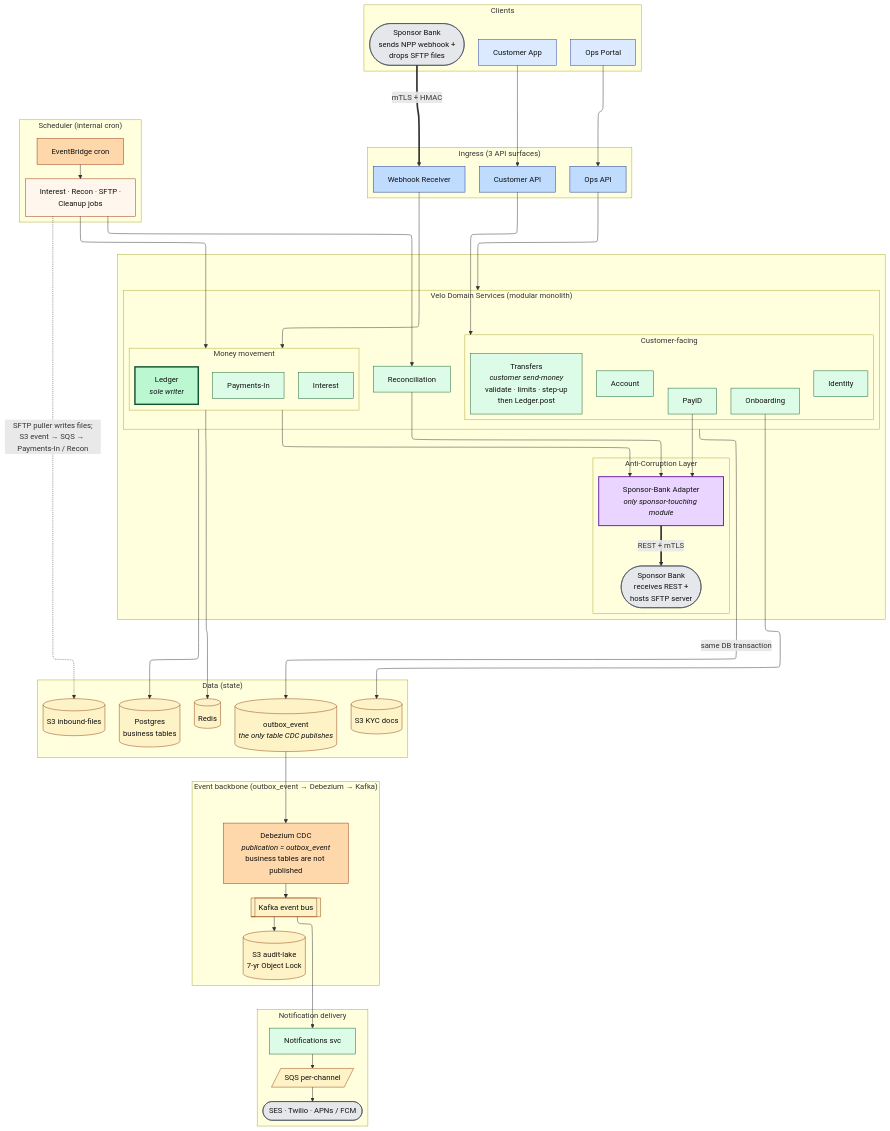
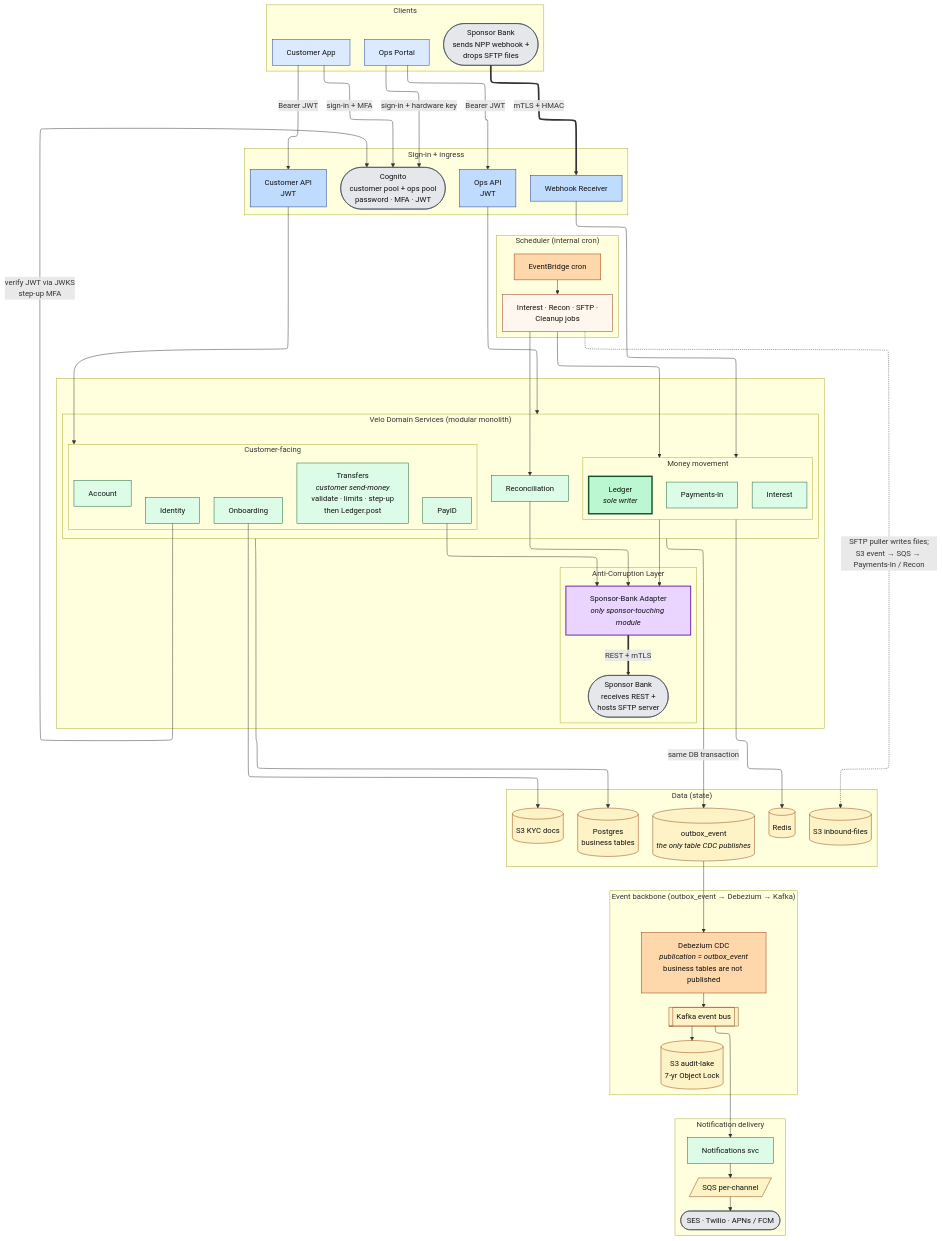
The second of 6 diagrams in docs/09-internal-system-architecture.md (BaroPhan/velo-arch), drawn with Mermaid before and after one commit. The commit also changed other lines of this file and 3 other files, not shown here.

Commit message:
docs: add Cognito to architecture diagram 2 and export NPP sequence PNG

```diff
--- a/docs/09-internal-system-architecture.md
+++ b/docs/09-internal-system-architecture.md
@@ -148,11 +148,12 @@
       SP1([Sponsor Bank<br/>sends NPP webhook +<br/>drops SFTP files]):::ext
     end
 
-    %% ─── Row 2: Ingress ───
-    subgraph Ingress["Ingress  (3 API surfaces)"]
+    %% ─── Row 2: Identity provider + Ingress ───
+    subgraph Edge["Sign-in + ingress"]
       direction LR
-      CAPI[Customer API]:::ing
-      OAPI[Ops API]:::ing
+      Cog([Cognito<br/>customer pool + ops pool<br/>password · MFA · JWT]):::ext
+      CAPI[Customer API<br/>JWT]:::ing
+      OAPI[Ops API<br/>JWT]:::ing
       WHR[Webhook Receiver]:::ing
     end
 
@@ -219,9 +220,12 @@
 
     %% ═══ ~22 arrows, all forward — no back-arrows ═══
 
-    %% Row 1 → Row 2 : client → ingress (3)
-    CA --> CAPI
-    OW --> OAPI
+    %% Row 1 → Row 2 : sign-in, then API. Sponsor does not use Cognito.
+    CA -->|sign-in + MFA| Cog
+    OW -->|sign-in + hardware key| Cog
+    CA -->|Bearer JWT| CAPI
+    OW -->|Bearer JWT| OAPI
+    Id -->|verify JWT via JWKS<br/>step-up MFA| Cog
     SP1 ==>|mTLS + HMAC| WHR
 
     %% Row 2 → Row 3 : ingress → domain (3 group-level, not 11 individual)
```
